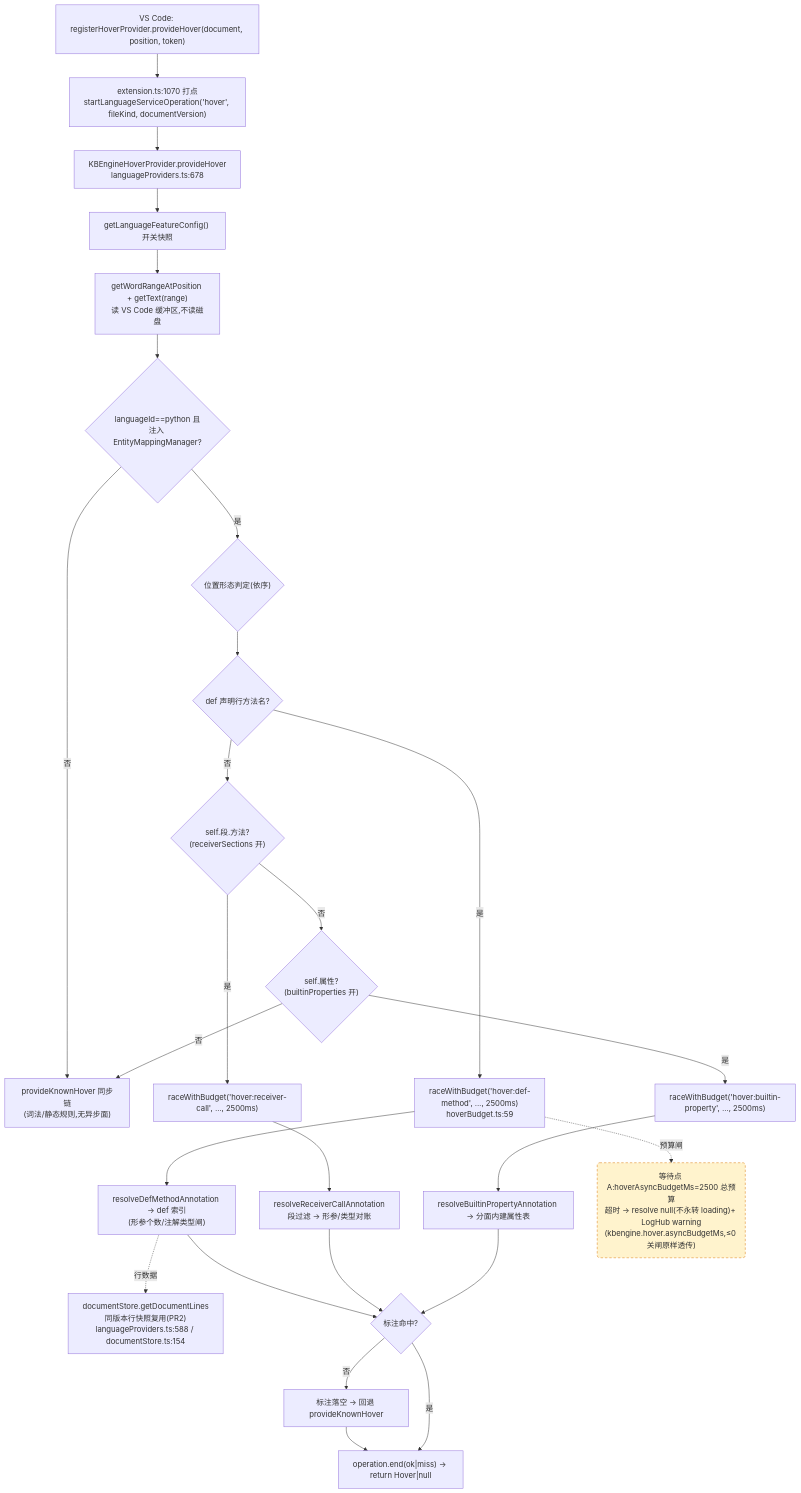
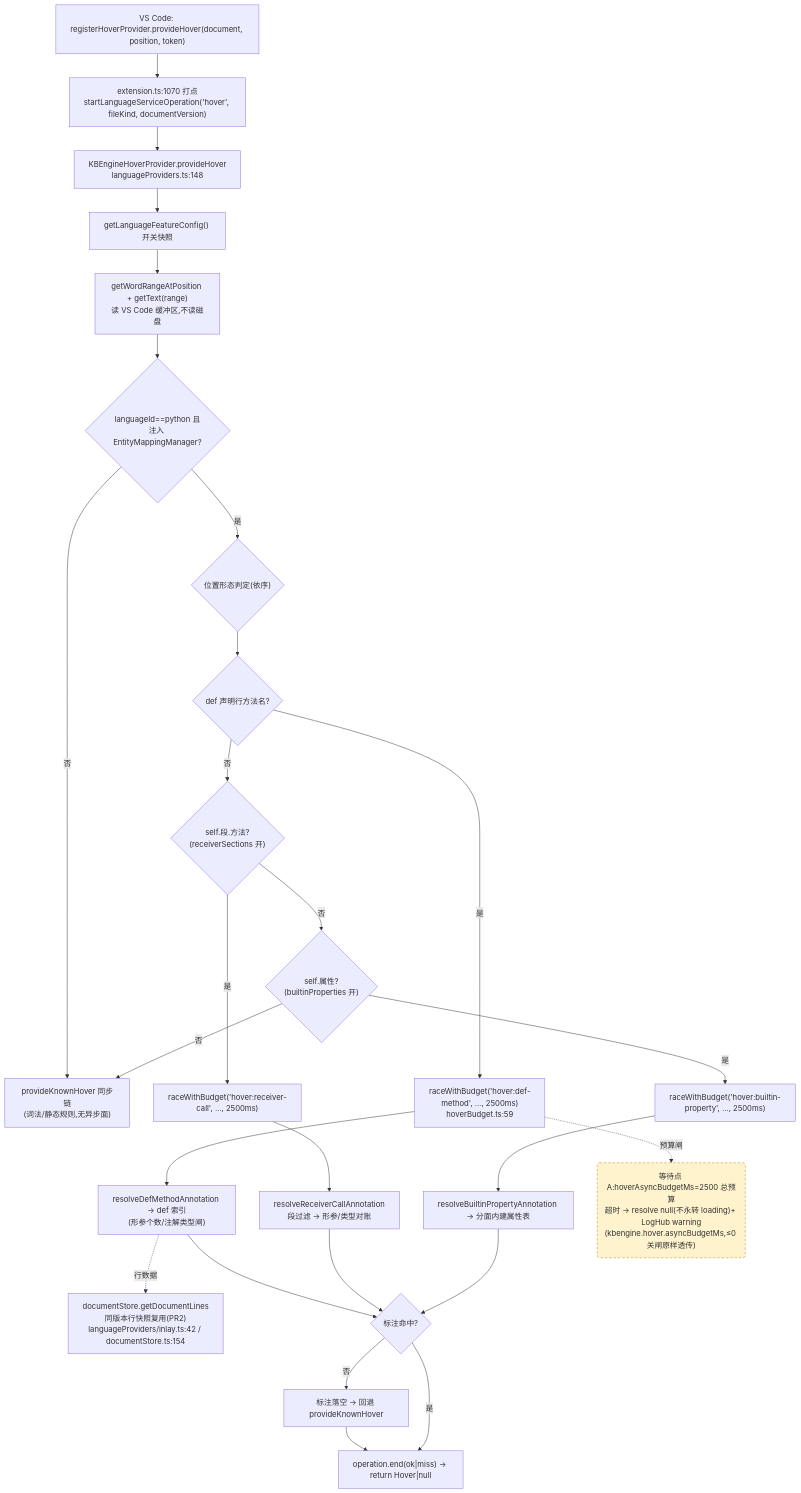
One commit to cuihairu/kode changed the first of 4 diagrams in docs/perf/2026-baseline.md. Above: the diagram before and after it, drawn with Mermaid. The commit also changed other lines of this file and 5 other files, not shown here.

First line of the commit message:
refactor(arch): KODE-ARCH-001 step 3 — extract languageProviders/completion + inlay (pure move)

````diff
--- a/docs/perf/2026-baseline.md
+++ b/docs/perf/2026-baseline.md
@@ -82,45 +82,45 @@
 ```mermaid
 flowchart TD
   VC1["VS Code: registerHoverProvider.provideHover(document, position, token)"]
   M1["extension.ts:1070 打点<br/>startLanguageServiceOperation('hover', fileKind, documentVersion)"]
-  HP["KBEngineHoverProvider.provideHover<br/>languageProviders.ts:678"]
+  HP["KBEngineHoverProvider.provideHover<br/>languageProviders.ts:148"]
   CFG["getLanguageFeatureConfig() 开关快照"]
   WORD["getWordRangeAtPosition + getText(range)<br/>读 VS Code 缓冲区,不读磁盘"]
   BR{"languageId==python 且<br/>注入 EntityMappingManager?"}
   KN["provideKnownHover 同步链<br/>(词法/静态规则,无异步面)"]
   POS{"位置形态判定(依序)"}
   D1{"def 声明行方法名?"}
   D2{"self.段.方法?<br/>(receiverSections 开)"}
   D3{"self.属性?<br/>(builtinProperties 开)"}
   RA1["raceWithBudget('hover:def-method', …, 2500ms)<br/>hoverBudget.ts:59"]
   RA2["raceWithBudget('hover:receiver-call', …, 2500ms)"]
   RA3["raceWithBudget('hover:builtin-property', …, 2500ms)"]
   RS1["resolveDefMethodAnnotation → def 索引<br/>(形参个数/注解类型闸)"]
   RS2["resolveReceiverCallAnnotation<br/>段过滤 → 形参/类型对账"]
   RS3["resolveBuiltinPropertyAnnotation → 分面内建属性表"]
-  LINES["documentStore.getDocumentLines<br/>同版本行快照复用(PR2)<br/>languageProviders.ts:588 / documentStore.ts:154"]
+  LINES["documentStore.getDocumentLines<br/>同版本行快照复用(PR2)<br/>languageProviders/inlay.ts:42 / documentStore.ts:154"]
   MISS["标注落空 → 回退 provideKnownHover"]
   END1["operation.end(ok|miss) → return Hover|null"]
 
   VC1 --> M1 --> HP --> CFG --> WORD --> BR
   BR -- "否" --> KN
   BR -- "是" --> POS --> D1
   D1 -- "是" --> RA1 --> RS1
   D1 -- "否" --> D2
   D2 -- "是" --> RA2 --> RS2
   D2 -- "否" --> D3
   D3 -- "是" --> RA3 --> RS3
   D3 -- "否" --> KN
   RS1 --> HIT{"标注命中?"}
   RS2 --> HIT
   RS3 --> HIT
   RS1 -.->|行数据| LINES
   HIT -- "否" --> MISS --> END1
   HIT -- "是" --> END1
 
   WAITA("等待点 A:hoverAsyncBudgetMs=2500 总预算<br/>超时 → resolve null(不永转 loading)+ LogHub warning<br/>(kbengine.hover.asyncBudgetMs,≤0 关闸原样透传)")
   RA1 -.->|预算闸| WAITA
 
   classDef waitPoint fill:#fff3cd,stroke:#d97706,stroke-dasharray:5 4;
   class WAITA waitPoint;
 ```
````
